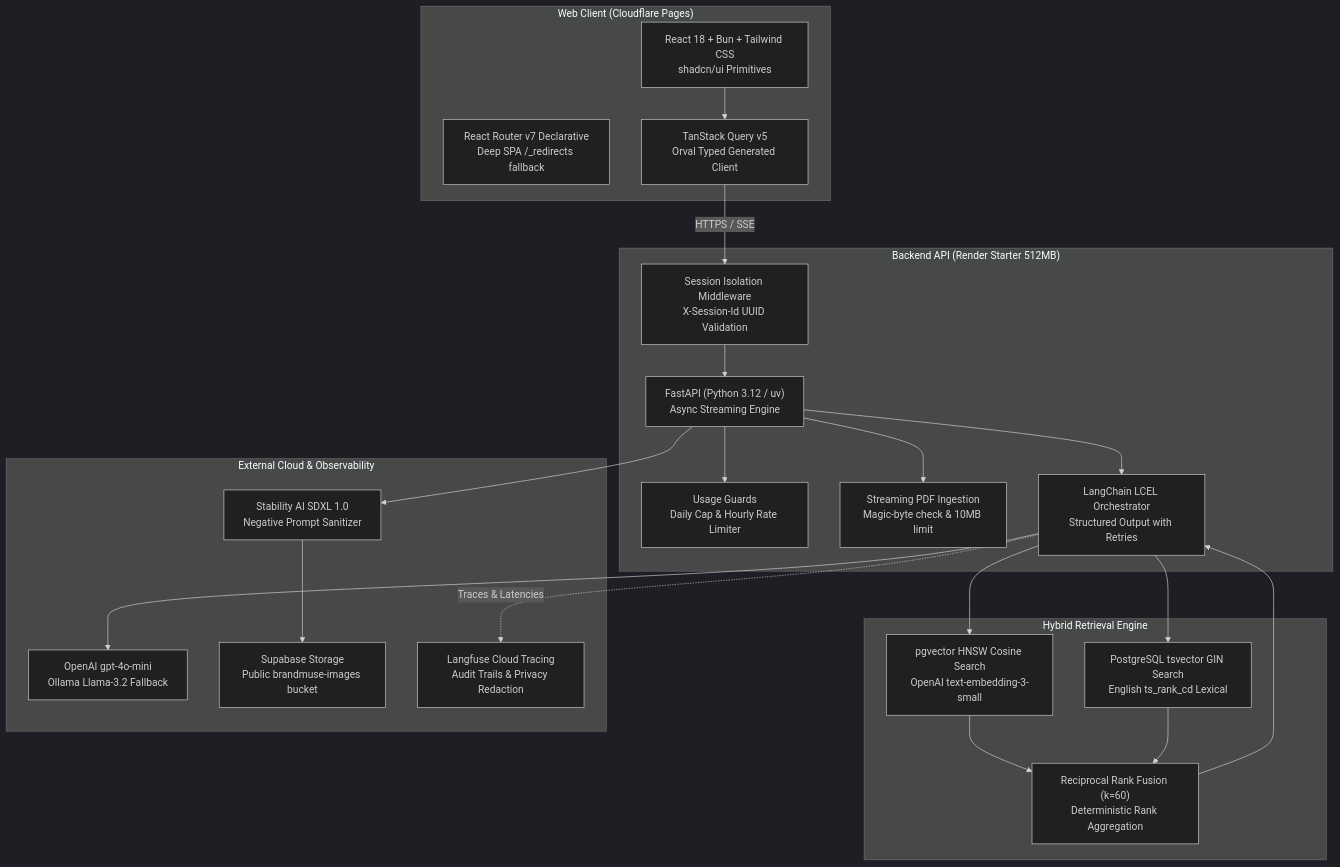
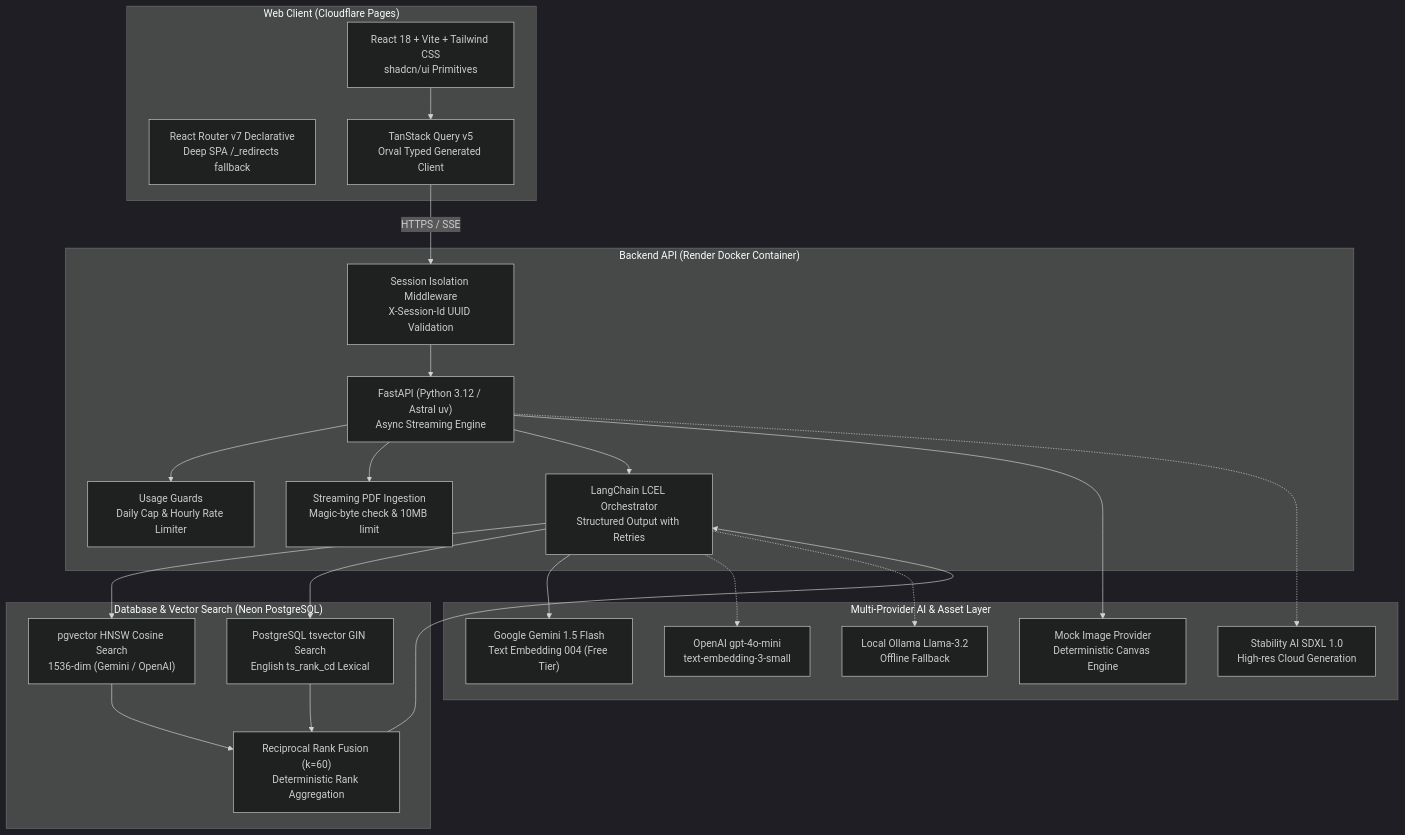
Before and after one commit to rflishrl/brandmuse: the diagram in README.md, drawn with Mermaid (dark theme). The commit also changed other lines of this file, not shown here.

Commit message:
docs: update README with live production links, multi-provider AI, and Neon setup

````diff
--- a/README.md
+++ b/README.md
@@ -15,45 +27,47 @@
 ```mermaid
 flowchart TD
     subgraph Client["Web Client (Cloudflare Pages)"]
-        UI["React 18 + Bun + Tailwind CSS\nshadcn/ui Primitives"]
+        UI["React 18 + Vite + Tailwind CSS\nshadcn/ui Primitives"]
         Router["React Router v7 Declarative\nDeep SPA /_redirects fallback"]
         TQ["TanStack Query v5\nOrval Typed Generated Client"]
     end
 
-    subgraph API["Backend API (Render Starter 512MB)"]
-        FastAPI["FastAPI (Python 3.12 / uv)\nAsync Streaming Engine"]
+    subgraph API["Backend API (Render Docker Container)"]
+        FastAPI["FastAPI (Python 3.12 / Astral uv)\nAsync Streaming Engine"]
         Security["Session Isolation Middleware\nX-Session-Id UUID Validation"]
         RateLimit["Usage Guards\nDaily Cap & Hourly Rate Limiter"]
         Parse["Streaming PDF Ingestion\nMagic-byte check & 10MB limit"]
         LC["LangChain LCEL Orchestrator\nStructured Output with Retries"]
     end
 
-    subgraph Search["Hybrid Retrieval Engine"]
-        VecSearch["pgvector HNSW Cosine Search\nOpenAI text-embedding-3-small"]
+    subgraph Storage["Database & Vector Search (Neon PostgreSQL)"]
+        VecSearch["pgvector HNSW Cosine Search\n1536-dim (Gemini / OpenAI)"]
         FTSearch["PostgreSQL tsvector GIN Search\nEnglish ts_rank_cd Lexical"]
         RRF["Reciprocal Rank Fusion (k=60)\nDeterministic Rank Aggregation"]
     end
 
-    subgraph External["External Cloud & Observability"]
-        LLM["OpenAI gpt-4o-mini\nOllama Llama-3.2 Fallback"]
-        SD["Stability AI SDXL 1.0\nNegative Prompt Sanitizer"]
-        SupaStore["Supabase Storage\nPublic brandmuse-images bucket"]
-        Langfuse["Langfuse Cloud Tracing\nAudit Trails & Privacy Redaction"]
+    subgraph AI["Multi-Provider AI & Asset Layer"]
+        Gemini["Google Gemini 1.5 Flash\nText Embedding 004 (Free Tier)"]
+        OpenAI["OpenAI gpt-4o-mini\ntext-embedding-3-small"]
+        Ollama["Local Ollama Llama-3.2\nOffline Fallback"]
+        MockImg["Mock Image Provider\nDeterministic Canvas Engine"]
+        SD["Stability AI SDXL 1.0\nHigh-res Cloud Generation"]
     end
 
     UI --> TQ
     TQ -->|HTTPS / SSE| Security
     Security --> FastAPI
     FastAPI --> RateLimit
     FastAPI --> Parse
     FastAPI --> LC
     LC --> VecSearch
     LC --> FTSearch
     VecSearch --> RRF
     FTSearch --> RRF
     RRF --> LC
-    LC --> LLM
-    FastAPI --> SD
-    SD --> SupaStore
-    LC -.->|Traces & Latencies| Langfuse
+    LC --> Gemini
+    LC -.-> OpenAI
+    LC -.-> Ollama
+    FastAPI --> MockImg
+    FastAPI -.-> SD
 ```
````
